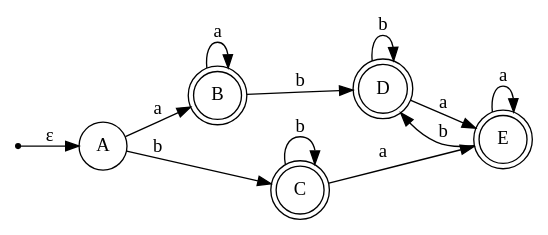
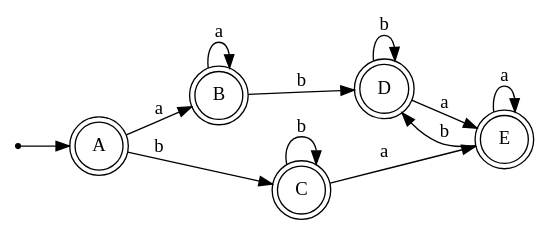
Before and after one commit to DiggsPapu/TeoriaComputacion: the diagram in Graphs/AFD/afd2.dot, drawn with Graphviz. The commit also changed 6 other files, not shown here.

```diff
--- a/Graphs/AFD/afd2.dot
+++ b/Graphs/AFD/afd2.dot
@@ -1,20 +1,21 @@
 digraph AFD{
 node [shape=circle];
 rankdir=LR;
-init [label="", shape=point];
+A[shape=doublecircle] [label="A"];
 B[shape=doublecircle] [label="B"];
 C[shape=doublecircle] [label="C"];
 D[shape=doublecircle] [label="D"];
 E[shape=doublecircle] [label="E"];
-init->A[label="ε"];
+init [label="", shape=point];
+init->A;
 A->B[label="a"];
 A->C[label="b"];
 B->B[label="a"];
 B->D[label="b"];
 C->E[label="a"];
 C->C[label="b"];
 D->E[label="a"];
 D->D[label="b"];
 E->E[label="a"];
 E->D[label="b"];
 }
```
